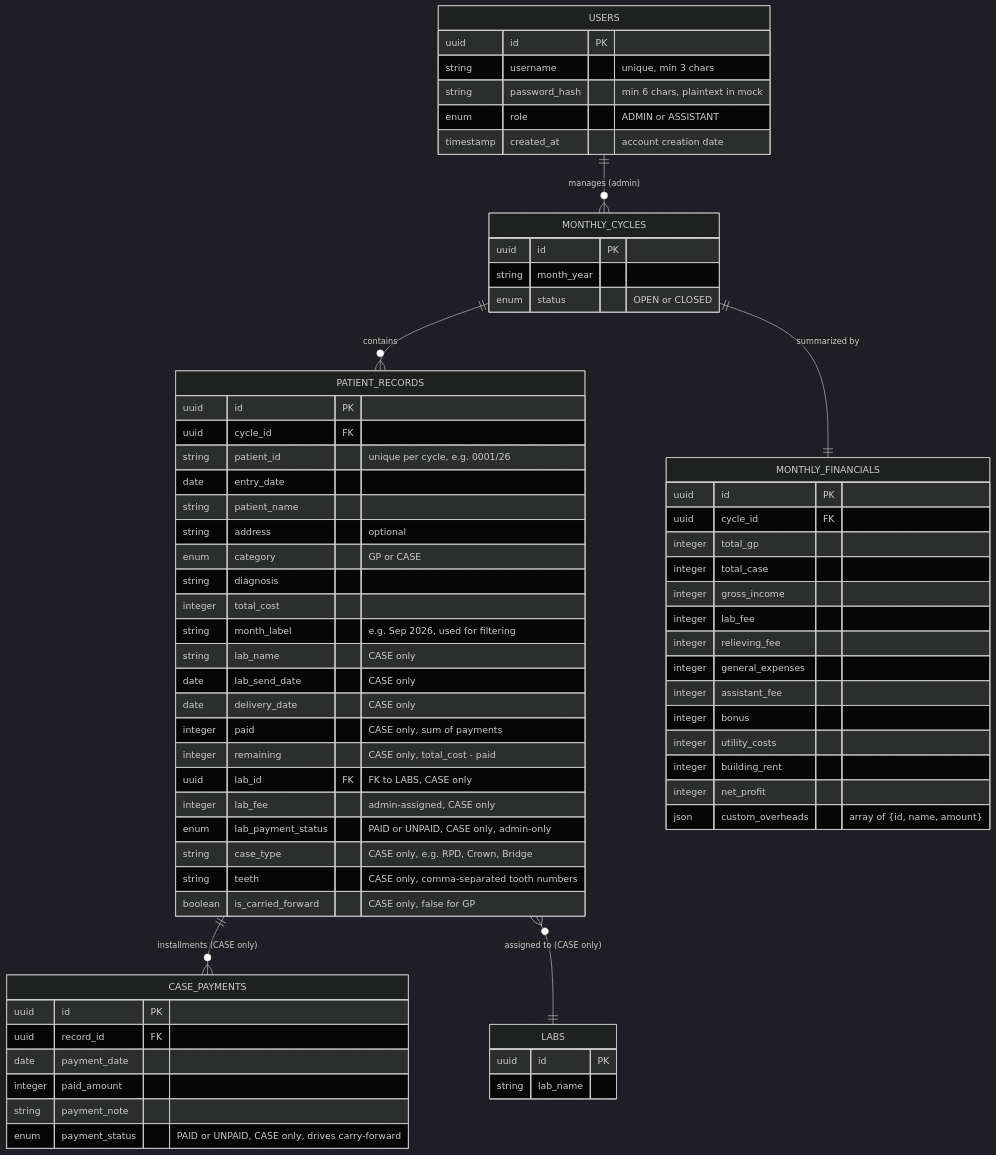
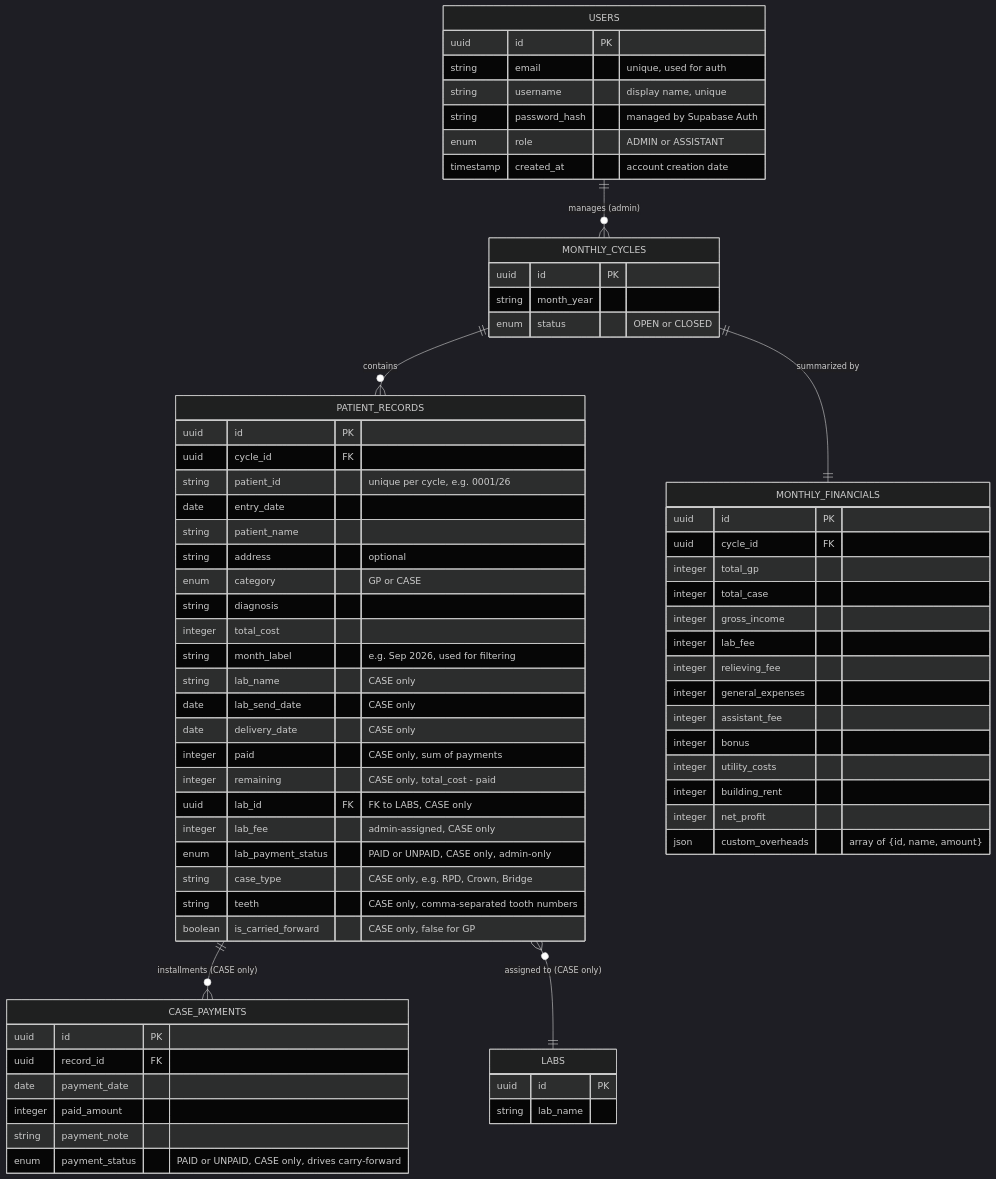
The diagram in docs/dc-fms-erd.mmd (kaungmyatshwe1397/df-dashboard), drawn with Mermaid (dark theme) before and after one commit. The commit also changed 18 other files, not shown here.

Commit message:
feat: update user authentication to use email instead of username, enhance user management features, and adjust database schema accordingly

```diff
--- a/docs/dc-fms-erd.mmd
+++ b/docs/dc-fms-erd.mmd
@@ -1,83 +1,84 @@
 erDiagram
     USERS ||--o{ MONTHLY_CYCLES : "manages (admin)"
     MONTHLY_CYCLES ||--o{ PATIENT_RECORDS : "contains"
     PATIENT_RECORDS ||--o{ CASE_PAYMENTS : "installments (CASE only)"
     PATIENT_RECORDS }o--|| LABS : "assigned to (CASE only)"
     MONTHLY_CYCLES ||--|| MONTHLY_FINANCIALS : "summarized by"
 
     USERS {
         uuid id PK
-        string username "unique, min 3 chars"
-        string password_hash "min 6 chars, plaintext in mock"
+        string email "unique, used for auth"
+        string username "display name, unique"
+        string password_hash "managed by Supabase Auth"
         enum role "ADMIN or ASSISTANT"
         timestamp created_at "account creation date"
     }
 
     MONTHLY_CYCLES {
         uuid id PK
         string month_year
         enum status "OPEN or CLOSED"
     }
 
     LABS {
         uuid id PK
         string lab_name
     }
 
     PATIENT_RECORDS {
         uuid id PK
         uuid cycle_id FK
         string patient_id "unique per cycle, e.g. 0001/26"
         date entry_date
         string patient_name
         string address "optional"
         enum category "GP or CASE"
         string diagnosis
         integer total_cost
         string month_label "e.g. Sep 2026, used for filtering"
         string lab_name "CASE only"
         date lab_send_date "CASE only"
         date delivery_date "CASE only"
         integer paid "CASE only, sum of payments"
         integer remaining "CASE only, total_cost - paid"
         uuid lab_id FK "FK to LABS, CASE only"
         integer lab_fee "admin-assigned, CASE only"
         enum lab_payment_status "PAID or UNPAID, CASE only, admin-only"
         string case_type "CASE only, e.g. RPD, Crown, Bridge"
         string teeth "CASE only, comma-separated tooth numbers"
         boolean is_carried_forward "CASE only, false for GP"
     }
 
     CASE_PAYMENTS {
         uuid id PK
         uuid record_id FK
         date payment_date
         integer paid_amount
         string payment_note
         enum payment_status "PAID or UNPAID, CASE only, drives carry-forward"
     }
 
     MONTHLY_FINANCIALS {
         uuid id PK
         uuid cycle_id FK
         integer total_gp
         integer total_case
         integer gross_income
         integer lab_fee
         integer relieving_fee
         integer general_expenses
         integer assistant_fee
         integer bonus
         integer utility_costs
         integer building_rent
         integer net_profit
         json custom_overheads "array of {id, name, amount}"
     }
 
     %% UI Display Note:
     %% Record table is split into two tabbed views:
     %%   Tab 1: GP Records (entry_date, patient_name, diagnosis, total_cost)
     %%   Tab 2: Case Records (entry_date, patient_name, diagnosis, lab, total_cost, balance, status, carried-forward)
     %% GP has no installments, no balance, no status column.
     %% Case tracks installments via CASE_PAYMENTS, shows balance and status.
     %% Lab Reconciliation groups case records by lab with a filter selector.
```
